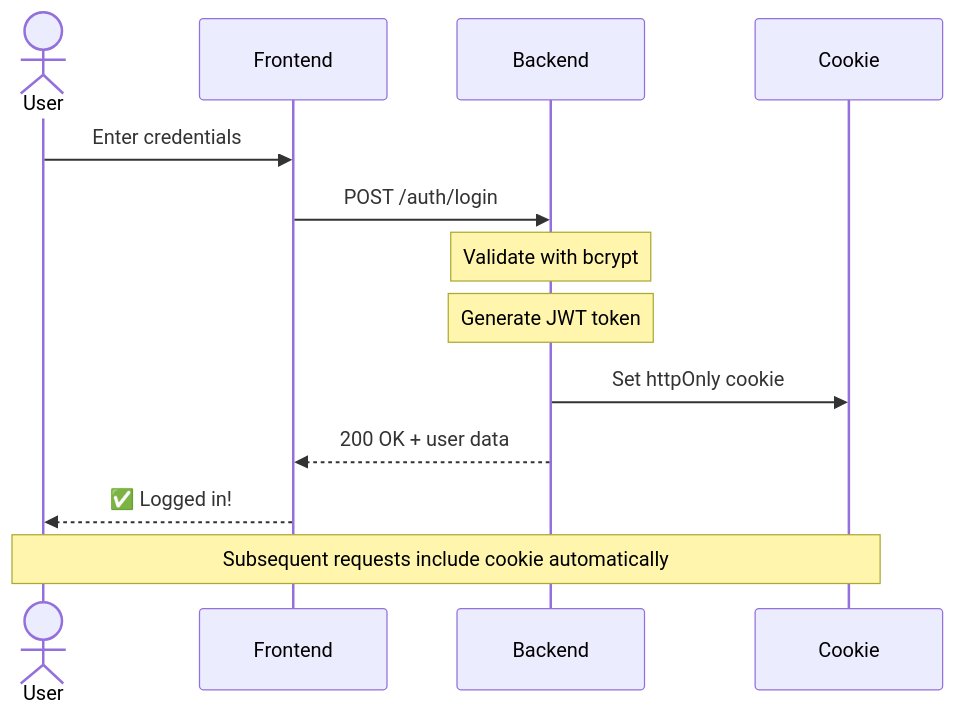
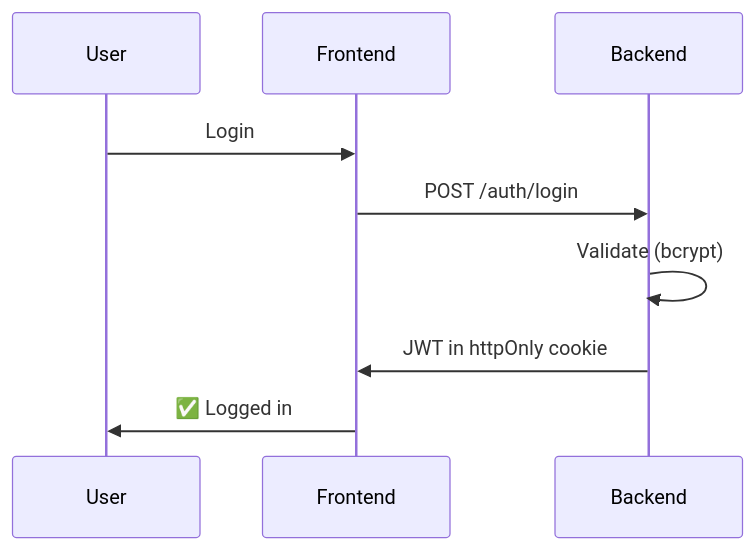
Before and after one commit to Ketbome/minepanel: the third of 3 diagrams in doc/architecture.md, drawn with Mermaid. The commit also changed other lines of this file and 10 other files, not shown here.

````diff
--- a/doc/architecture.md
+++ b/doc/architecture.md
@@ -450,19 +100,8 @@
 ```mermaid
 sequenceDiagram
-    actor User
-    participant Frontend
-    participant Backend
-    participant Cookie
-
-    User->>Frontend: Enter credentials
+    User->>Frontend: Login
     Frontend->>Backend: POST /auth/login
-
-    Note over Backend: Validate with bcrypt
-    Note over Backend: Generate JWT token
-
-    Backend->>Cookie: Set httpOnly cookie
-    Backend-->>Frontend: 200 OK + user data
-    Frontend-->>User: ✅ Logged in!
-
-    Note over User,Cookie: Subsequent requests include cookie automatically
+    Backend->>Backend: Validate (bcrypt)
+    Backend->>Frontend: JWT in httpOnly cookie
+    Frontend->>User: ✅ Logged in
 ```
````
